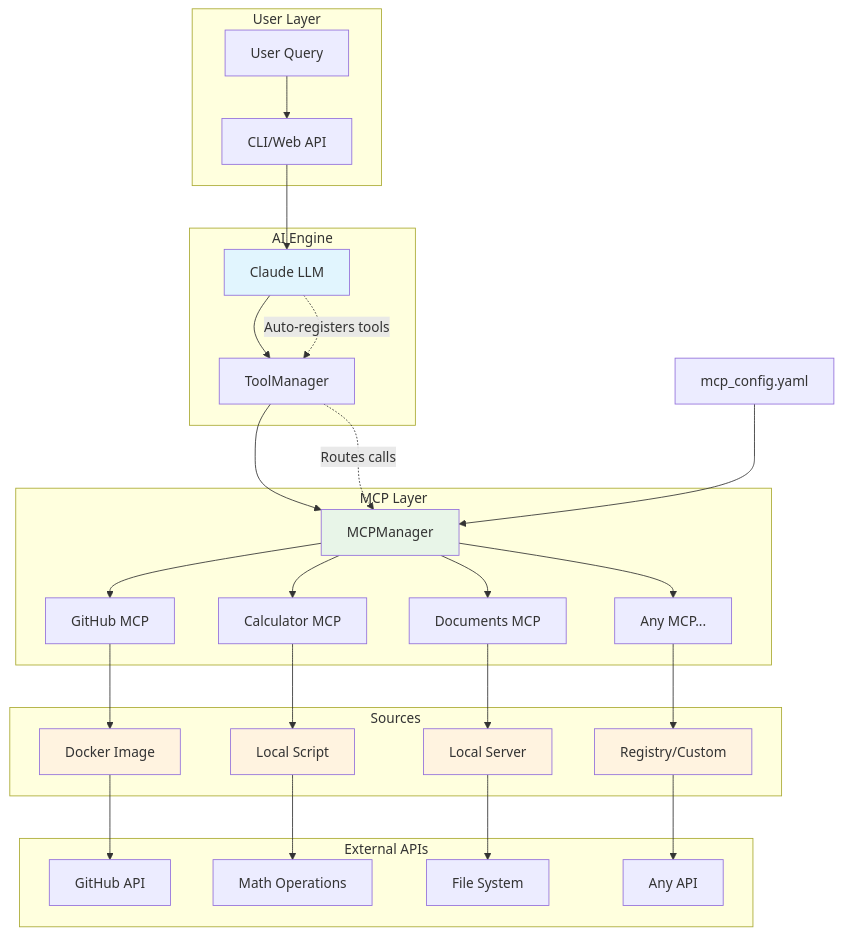
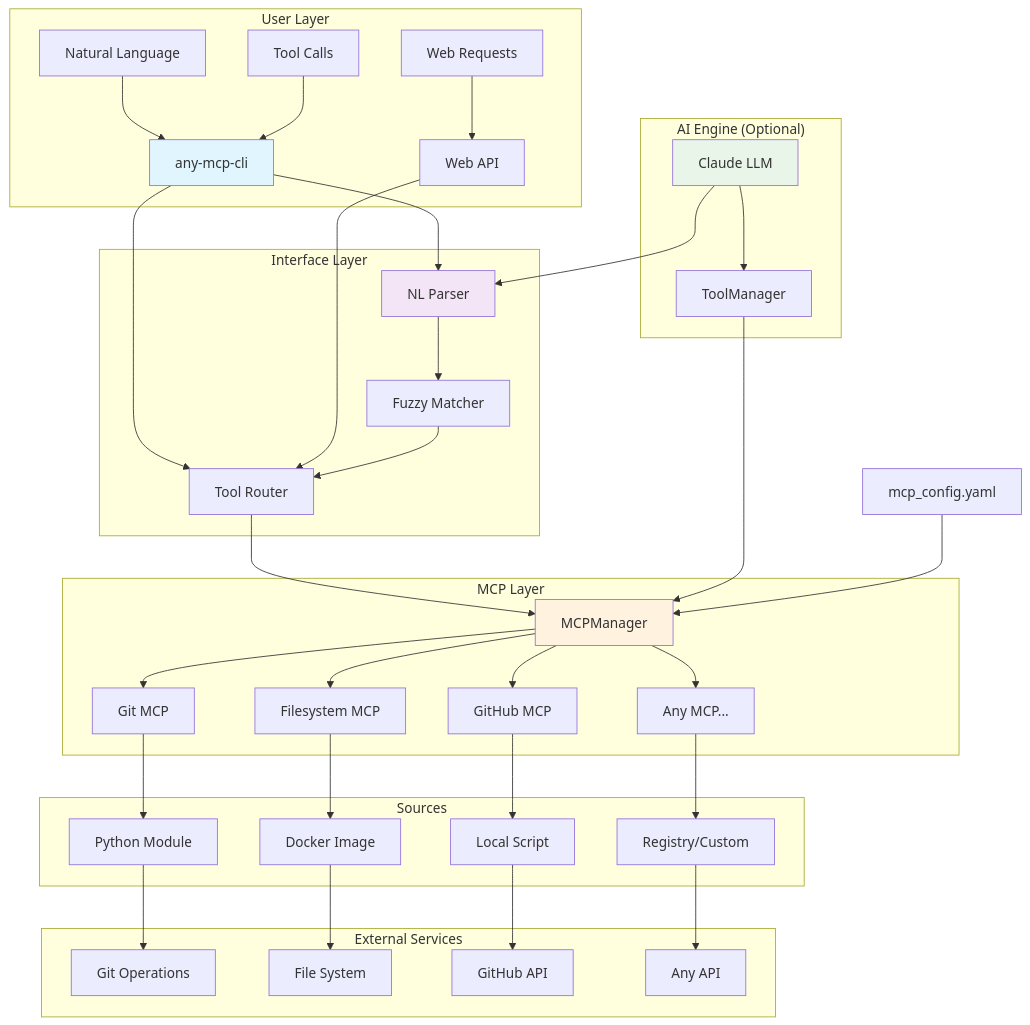
One commit to chi-n-nguyen/any-mcp changed the diagram in README.md. Above: the diagram before and after it, drawn with Mermaid. The commit also changed other lines of this file, not shown here.

Commit message:
update architecture

````diff
--- a/README.md
+++ b/README.md
@@ -21,48 +22,53 @@
 ```mermaid
 graph TD
     subgraph "User Layer"
-        A[User Query] --> B[CLI/Web API]
+        A[Natural Language] --> B[any-mcp-cli]
+        A2[Tool Calls] --> B
+        A3[Web Requests] --> C[Web API]
     end
     
-    subgraph "AI Engine"
-        B --> C[Claude LLM]
-        C --> D[ToolManager]
+    subgraph "Interface Layer"
+        B --> D[NL Parser]
+        B --> E[Tool Router]
+        C --> E
+        D --> F[Fuzzy Matcher]
+        F --> E
+    end
+    
+    subgraph "AI Engine (Optional)"
+        G[Claude LLM] --> D
+        G --> H[ToolManager]
     end
     
     subgraph "MCP Layer"
-        D --> E[MCPManager]
-        E --> F[GitHub MCP]
-        E --> G[Calculator MCP]
-        E --> H[Documents MCP]
-        E --> I[Any MCP...]
+        E --> I[MCPManager]
+        H --> I
+        I --> J[Git MCP]
+        I --> K[Filesystem MCP]
+        I --> L[GitHub MCP]
+        I --> M[Any MCP...]
     end
     
     subgraph "Sources"
-        F --> J[Docker Image]
-        G --> K[Local Script]
-        H --> L[Local Server]
-        I --> M[Registry/Custom]
+        J --> N[Python Module]
+        K --> O[Docker Image]
+        L --> P[Local Script]
+        M --> Q[Registry/Custom]
     end
     
-    subgraph "External APIs"
-        J --> N[GitHub API]
-        K --> O[Math Operations]
-        L --> P[File System]
-        M --> Q[Any API]
+    subgraph "External Services"
+        N --> R[Git Operations]
+        O --> S[File System]
+        P --> T[GitHub API]
+        Q --> U[Any API]
     end
     
     %% Config
-    R[mcp_config.yaml] --> E
-    
-    %% Flow
-    C -.->|Auto-registers tools| D
-    D -.->|Routes calls| E
+    V[mcp_config.yaml] --> I
     
     %% Styling
-    style C fill:#e1f5fe
-    style E fill:#e8f5e8
-    style J fill:#fff3e0
-    style K fill:#fff3e0
-    style L fill:#fff3e0
-    style M fill:#fff3e0
+    style B fill:#e1f5fe
+    style D fill:#f3e5f5
+    style G fill:#e8f5e8
+    style I fill:#fff3e0
 ```
````
